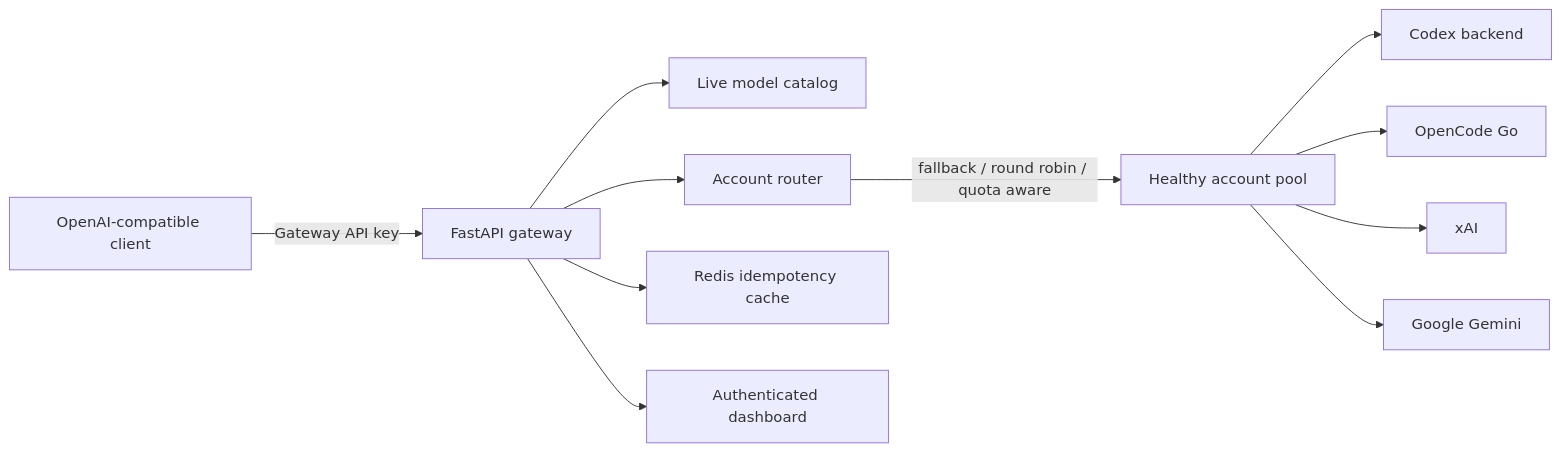
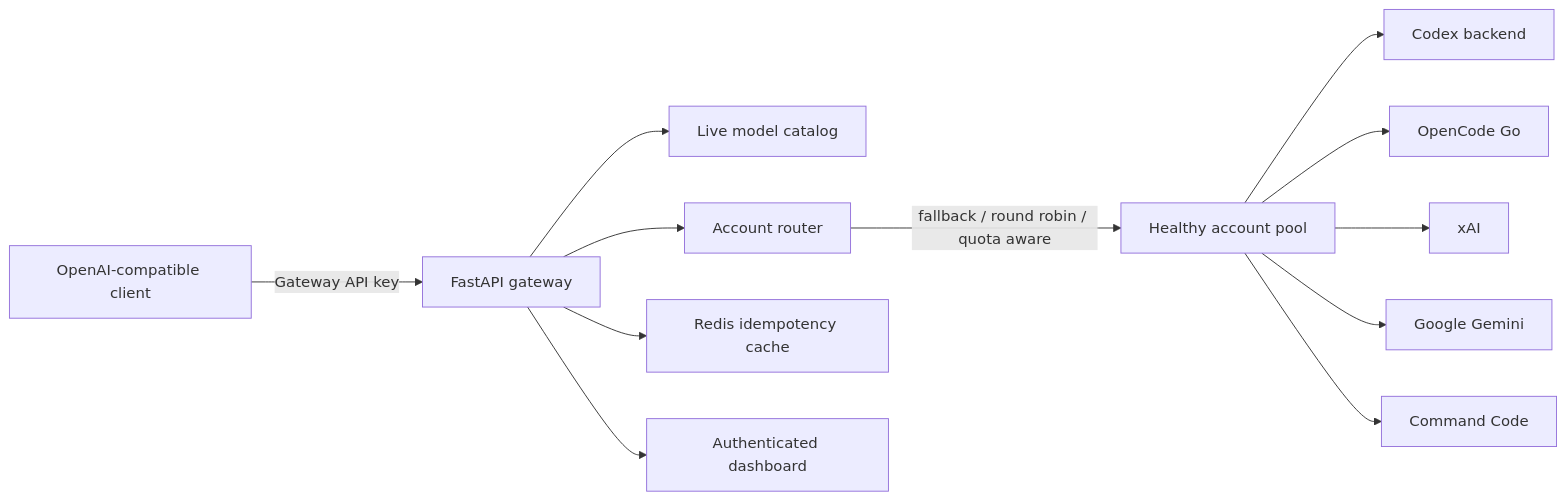
One commit to hetsaraiya/openai-gateway changed the diagram in README.md. Above: the diagram before and after it, drawn with Mermaid. The commit also changed other lines of this file and 14 other files, not shown here.

Commit message:
Add Command Code provider

````diff
--- a/README.md
+++ b/README.md
@@ -26,13 +27,14 @@
 ```mermaid
 flowchart LR
     Client["OpenAI-compatible client"] -->|"Gateway API key"| API["FastAPI gateway"]
     API --> Catalog["Live model catalog"]
     API --> Router["Account router"]
     API --> Dedup["Redis idempotency cache"]
     Router -->|"fallback / round robin / quota aware"| Accounts["Healthy account pool"]
     Accounts --> Codex["Codex backend"]
     Accounts --> OpenCode["OpenCode Go"]
     Accounts --> XAI["xAI"]
     Accounts --> Gemini["Google Gemini"]
+    Accounts --> CommandCode["Command Code"]
     API --> Dashboard["Authenticated dashboard"]
 ```
````
